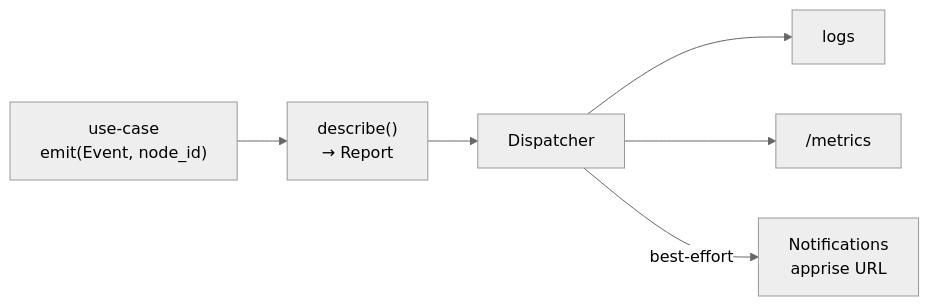
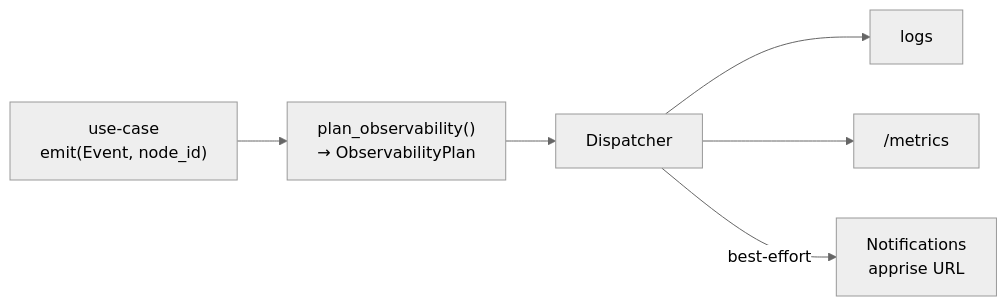
Before and after one commit to mission-titar/p2pwatch: diagram 12 of 12 in docs/contributing/architecture.md, drawn with Mermaid (neutral theme). The commit also changed other lines of this file and 6 other files, not shown here.

First line of the commit message:
refactor(crawler): the observability policy plans an event, ObservabilityPlan from plan_observability

````diff
--- a/docs/contributing/architecture.md
+++ b/docs/contributing/architecture.md
@@ -674,14 +674,14 @@
 ```mermaid
 flowchart LR
   uc["use-case<br/>emit(Event, node_id)"]
-  desc["describe()<br/>→ Report"]
+  desc["plan_observability()<br/>→ ObservabilityPlan"]
   disp["Dispatcher"]
   log["logs"]
   prom["/metrics"]
   notif["Notifications<br/>apprise URL"]
 
   uc --> desc --> disp
   disp --> log
   disp --> prom
   disp -->|best-effort| notif
 ```
````
